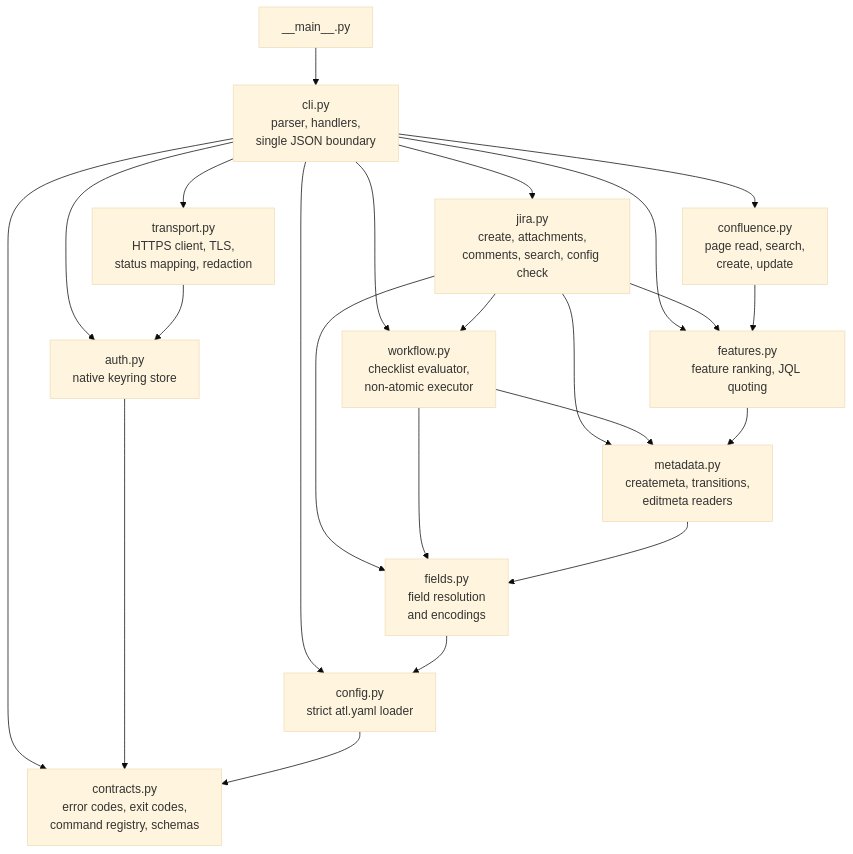
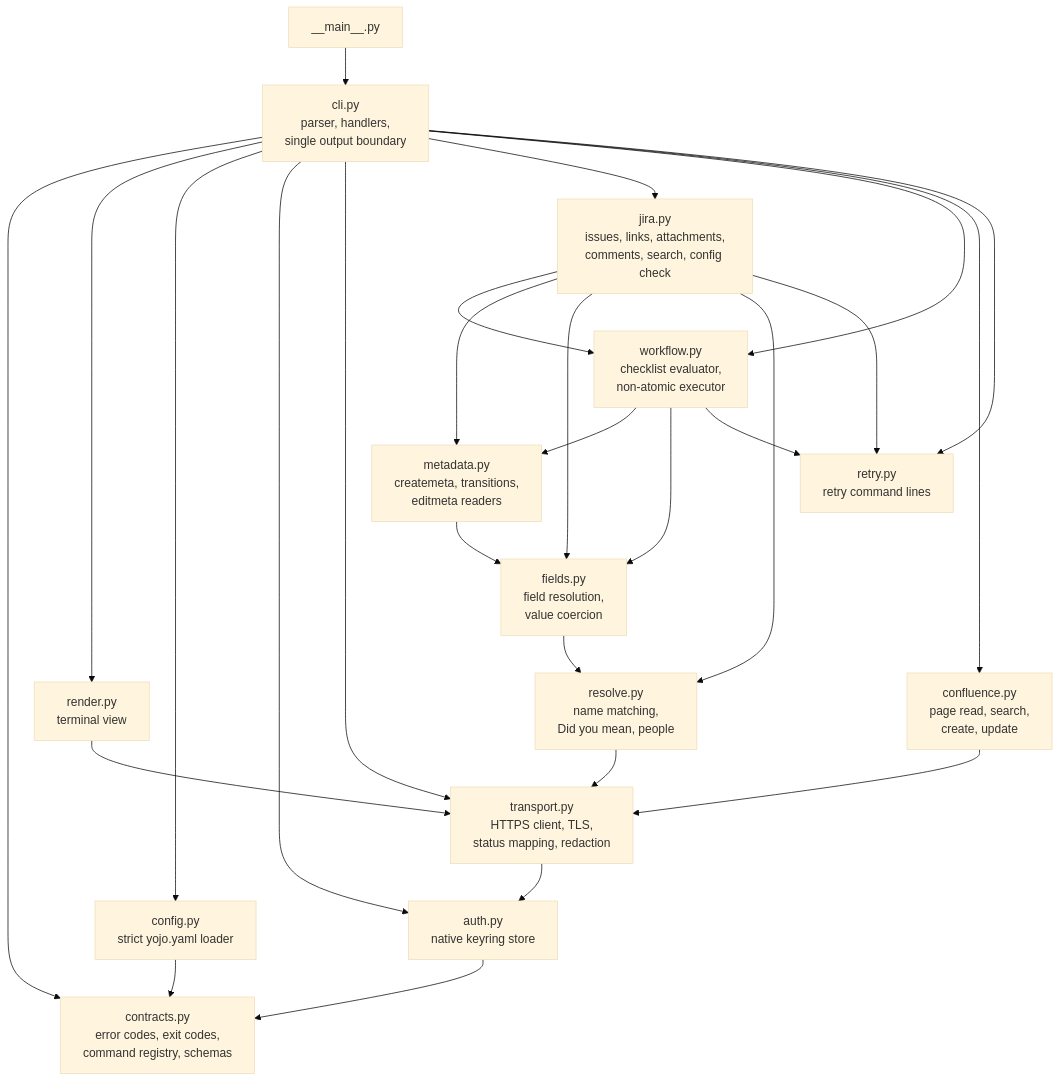
The diagram in docs/contributing.md (calvinware/atlass-cli), drawn with Mermaid (base theme) before and after one commit. The commit also changed other lines of this file and 80 other files, not shown here.

First line of the commit message:
feat(cli): establish yojo 0.1.0 and generic Jira issue commands (#14)

````diff
--- a/docs/contributing.md
+++ b/docs/contributing.md
@@ -32,26 +33,31 @@
 ```mermaid
 flowchart TD
     main["__main__.py"] --> cli
-    cli["cli.py<br/>parser, handlers,<br/>single JSON boundary"] --> contracts
+    cli["cli.py<br/>parser, handlers,<br/>single output boundary"] --> contracts
+    cli --> render
     cli --> config
     cli --> auth
     cli --> transport
     cli --> jira
     cli --> workflow
-    cli --> features
     cli --> confluence
-    jira["jira.py<br/>create, attachments,<br/>comments, search, config check"] --> workflow
-    jira --> features
+    cli --> retry
+    jira["jira.py<br/>issues, links, attachments,<br/>comments, search, config check"] --> workflow
     jira --> metadata
     jira --> fields
+    jira --> resolve
+    jira --> retry
     workflow["workflow.py<br/>checklist evaluator,<br/>non-atomic executor"] --> metadata
     workflow --> fields
-    features["features.py<br/>feature ranking, JQL quoting"] --> metadata
-    confluence["confluence.py<br/>page read, search,<br/>create, update"] --> features
+    workflow --> retry
+    confluence["confluence.py<br/>page read, search,<br/>create, update"] --> transport
     metadata["metadata.py<br/>createmeta, transitions,<br/>editmeta readers"] --> fields
-    fields["fields.py<br/>field resolution<br/>and encodings"] --> config
+    fields["fields.py<br/>field resolution,<br/>value coercion"] --> resolve
+    resolve["resolve.py<br/>name matching,<br/>Did you mean, people"] --> transport
+    retry["retry.py<br/>retry command lines"]
+    render["render.py<br/>terminal view"] --> transport
     transport["transport.py<br/>HTTPS client, TLS,<br/>status mapping, redaction"] --> auth
     auth["auth.py<br/>native keyring store"] --> contracts
-    config["config.py<br/>strict atl.yaml loader"] --> contracts
+    config["config.py<br/>strict yojo.yaml loader"] --> contracts
     contracts["contracts.py<br/>error codes, exit codes,<br/>command registry, schemas"]
 ```
````
